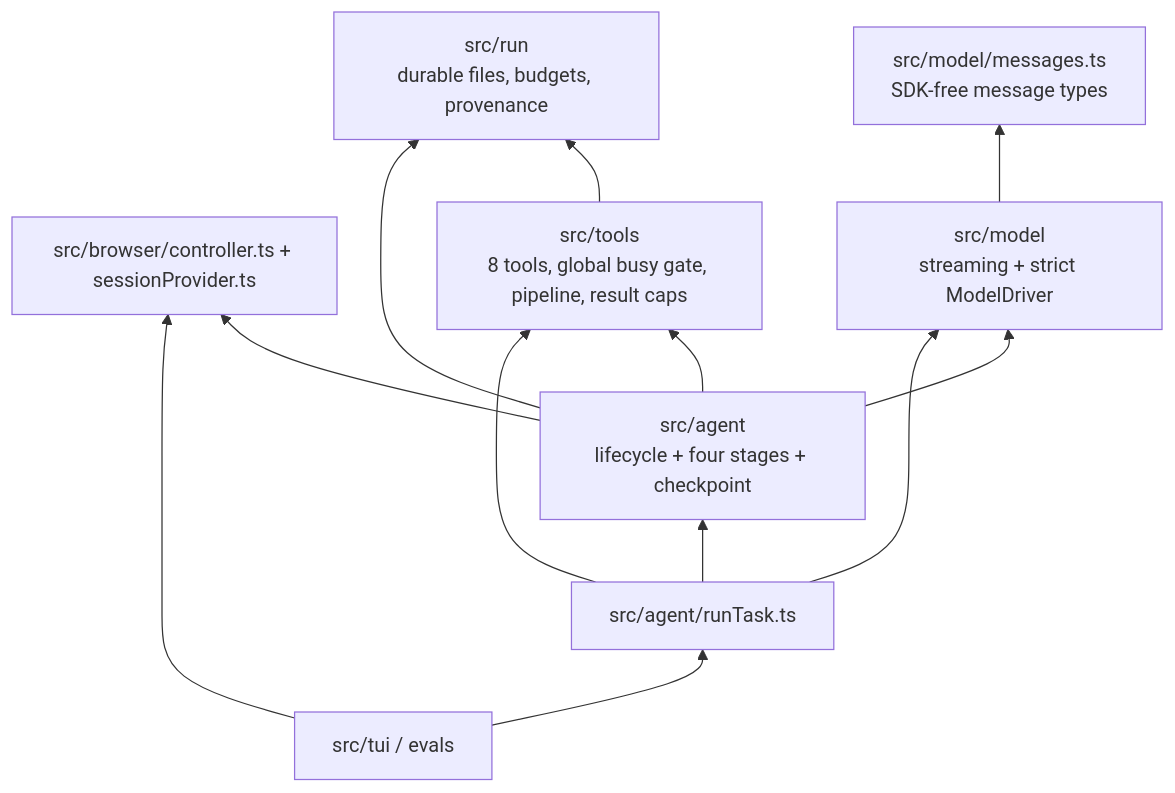
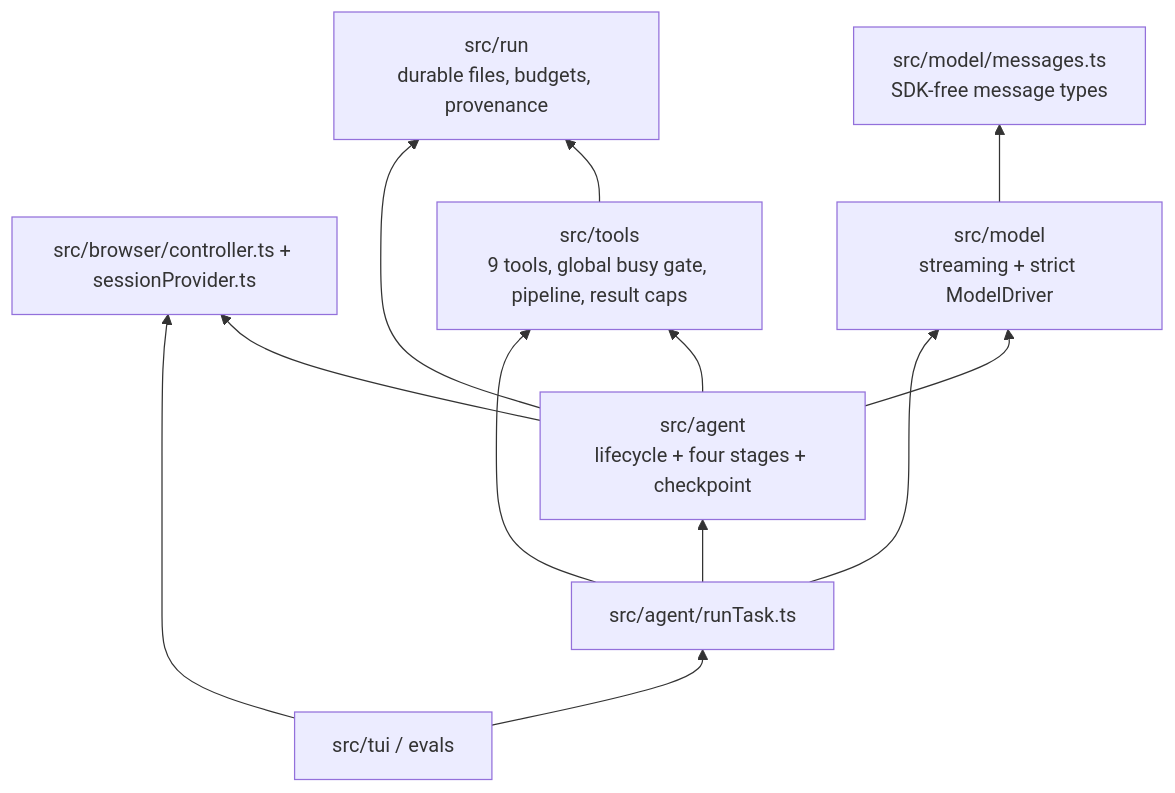
One commit to briosolivares/evidence-collection-agent changed the second of 2 diagrams in .agents/summary/architecture.md. Above: the diagram before and after it, drawn with Mermaid. The commit also changed other lines of this file and 62 other files, not shown here.

````diff
--- a/.agents/summary/architecture.md
+++ b/.agents/summary/architecture.md
@@ -39,11 +39,11 @@
 ```mermaid
 graph BT
     RUN["src/run\ndurable files, budgets, provenance"]
     MSG["src/model/messages.ts\nSDK-free message types"]
     BIF["src/browser/controller.ts + sessionProvider.ts"]
-    TF["src/tools\n8 tools, global busy gate, pipeline, result caps"] --> RUN
+    TF["src/tools\n9 tools, global busy gate, pipeline, result caps"] --> RUN
     MODEL["src/model\nstreaming + strict ModelDriver"] --> MSG
     AGENT["src/agent\nlifecycle + four stages + checkpoint"] --> MODEL & TF & RUN & BIF
     COMPOSE["src/agent/runTask.ts"] --> AGENT & TF & MODEL
     UI["src/tui / evals"] --> COMPOSE & BIF
 ```
````
